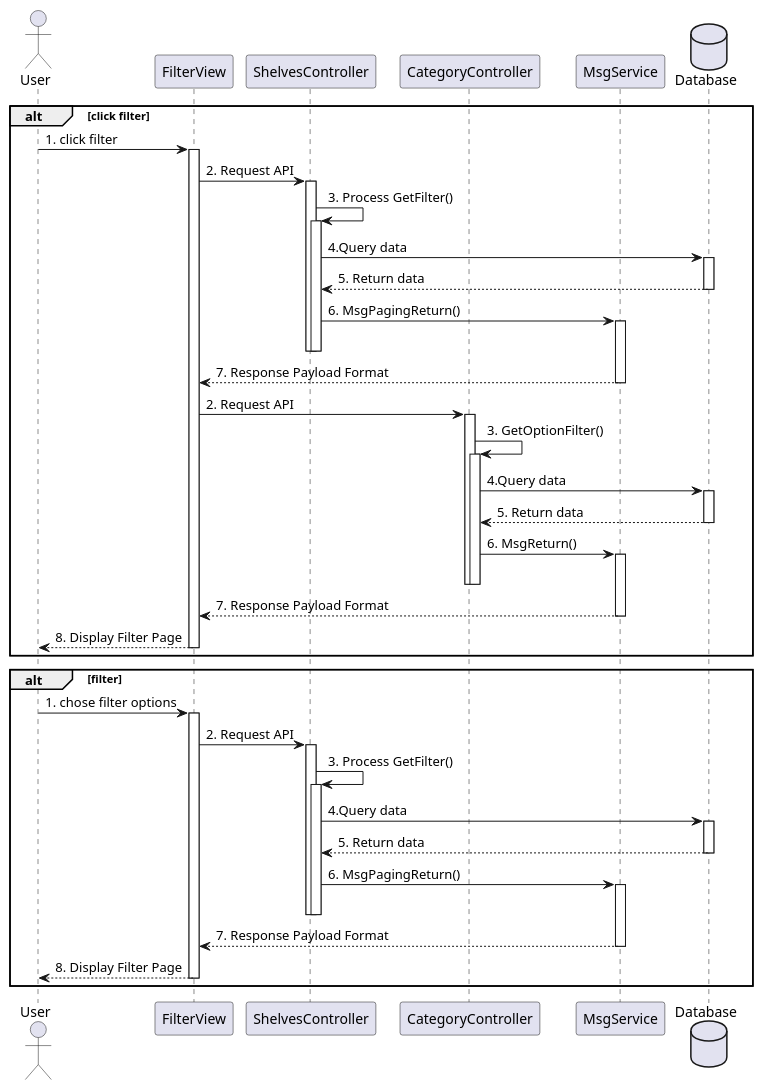
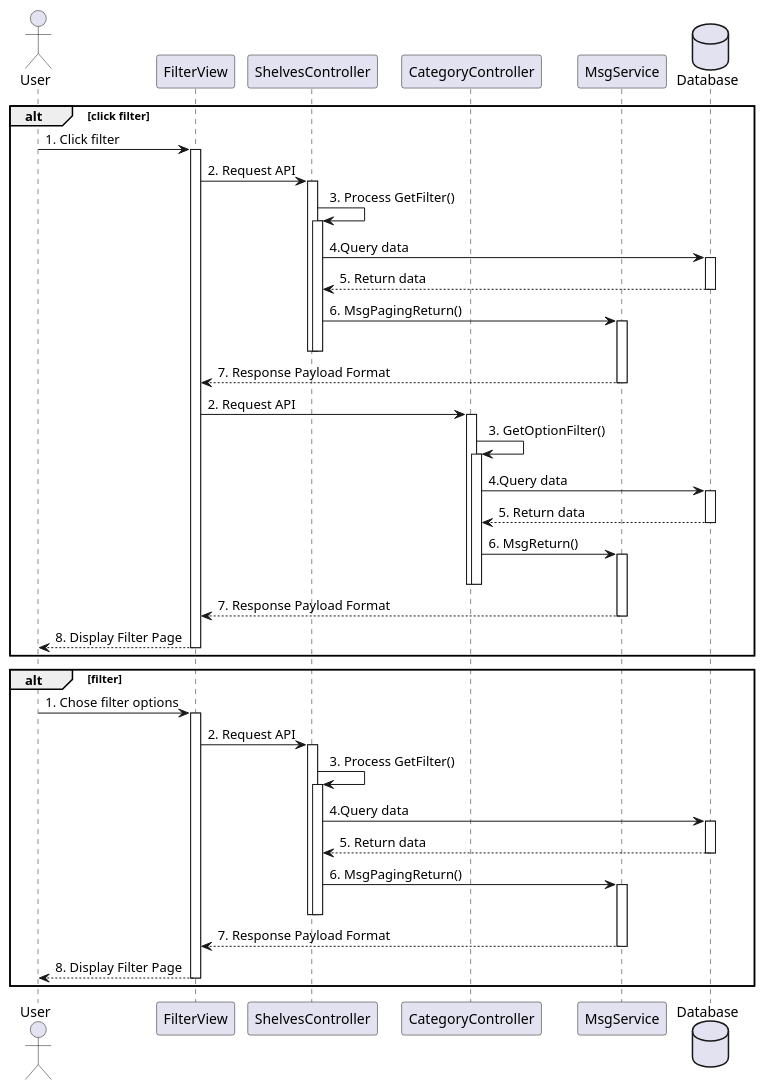
The diagram in sequence/2.3.puml (baspdd/desktop-tutorial), drawn with PlantUML before and after one commit. The commit also changed 59 other files, not shown here.

```diff
--- a/sequence/2.3.puml
+++ b/sequence/2.3.puml
@@ -1,45 +1,45 @@
 @startuml
 actor       User       as user
 participant FilterView as view
 participant ShelvesController as shelves
 participant CategoryController as category
 participant MsgService as msgService
 database    Database    as db
 
 alt click filter
-    user -> view ++: 1. click filter
+    user -> view ++: 1. Click filter
     view -> shelves ++ : 2. Request API
     shelves -> shelves ++ : 3. Process GetFilter()
     shelves -> db ++ : 4.Query data
     db --> shelves -- : 5. Return data
     shelves -> msgService ++-- : 6. MsgPagingReturn()
     deactivate shelves
     msgService --> view -- : 7. Response Payload Format
 
     view -> category ++ : 2. Request API
     category -> category ++ : 3. GetOptionFilter()
     category -> db ++ : 4.Query data
     db --> category -- : 5. Return data
     category -> msgService ++-- : 6. MsgReturn()
     deactivate category
     msgService --> view -- : 7. Response Payload Format
     view --> user -- : 8. Display Filter Page
 
 end
 
 
 alt filter
-    user -> view ++: 1. chose filter options
+    user -> view ++: 1. Chose filter options
     view -> shelves ++ : 2. Request API
     shelves -> shelves ++ : 3. Process GetFilter()
     shelves -> db ++ : 4.Query data
     db --> shelves -- : 5. Return data
     shelves -> msgService ++-- : 6. MsgPagingReturn()
     deactivate shelves
     msgService --> view -- : 7. Response Payload Format
     view --> user -- : 8. Display Filter Page
 end
 
 
 
 @enduml
```
